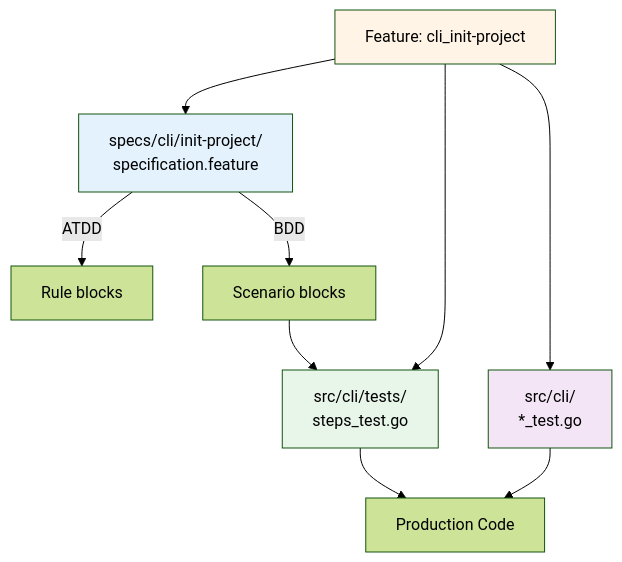
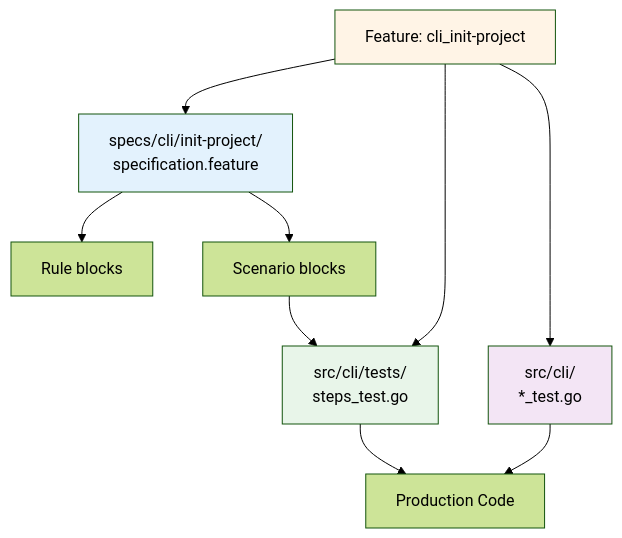
Before and after one commit to ready-to-release/eac: the third of 5 diagrams in docs/explanation/specifications/three-layer-approach.md, drawn with Mermaid (forest theme). The commit also changed other lines of this file and 49 other files, not shown here.

````diff
--- a/docs/explanation/specifications/three-layer-approach.md
+++ b/docs/explanation/specifications/three-layer-approach.md
@@ -198,18 +199,18 @@
 ```mermaid
 flowchart TD
     Feature[Feature: cli_init-project] --> Spec[specs/cli/init-project/<br/>specification.feature]
     Feature --> Steps[src/cli/tests/<br/>steps_test.go]
     Feature --> Unit[src/cli/<br/>*_test.go]
 
-    Spec -->|ATDD| Rules[Rule blocks]
-    Spec -->|BDD| Scenarios[Scenario blocks]
+    Spec --> Rules[Rule blocks]
+    Spec --> Scenarios[Scenario blocks]
 
     Scenarios --> Steps
     Steps --> Code[Production Code]
     Unit --> Code
 
-    style Feature fill:#fff4e6
-    style Spec fill:#e3f2fd
-    style Steps fill:#e8f5e9
-    style Unit fill:#f3e5f5
+    style Feature fill:#fff4e6,color:#000
+    style Spec fill:#e3f2fd,color:#000
+    style Steps fill:#e8f5e9,color:#000
+    style Unit fill:#f3e5f5,color:#000
 ```
````
